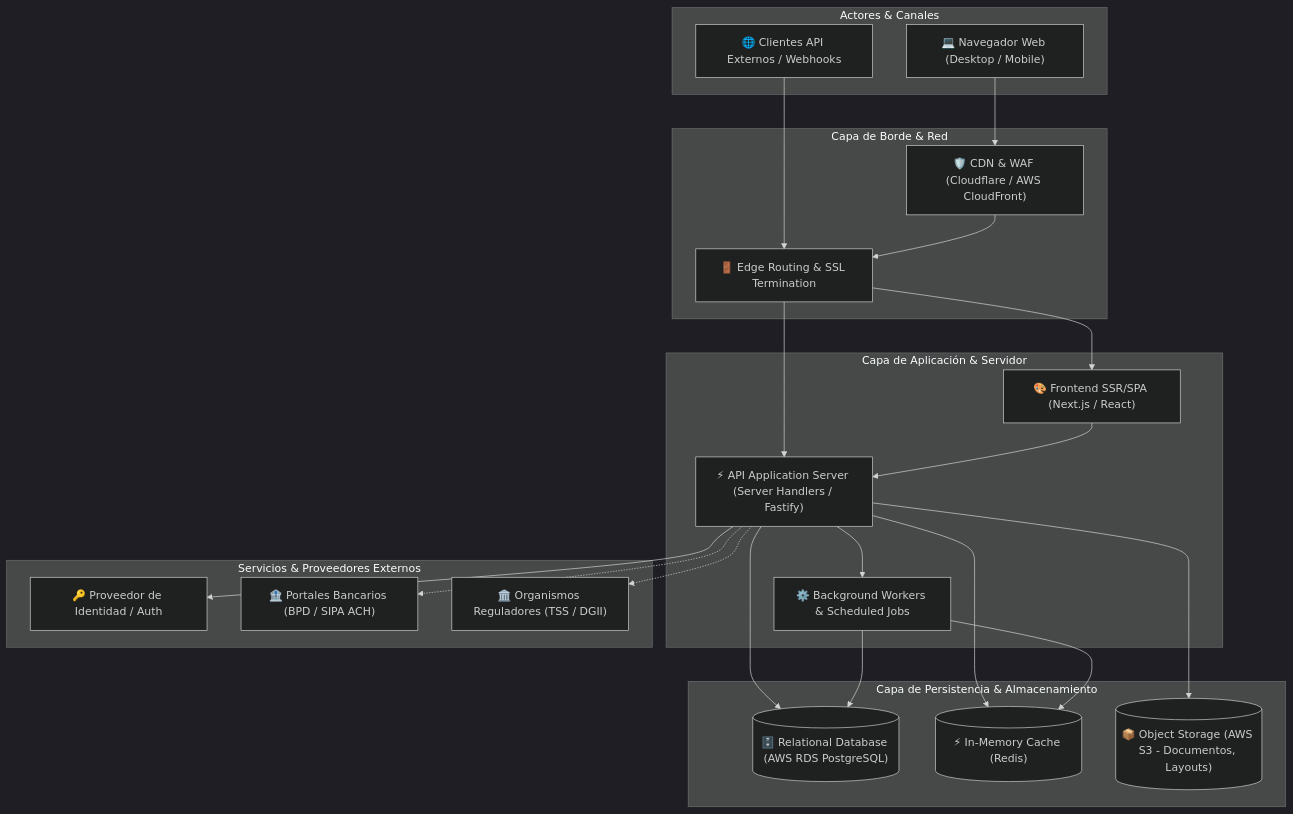
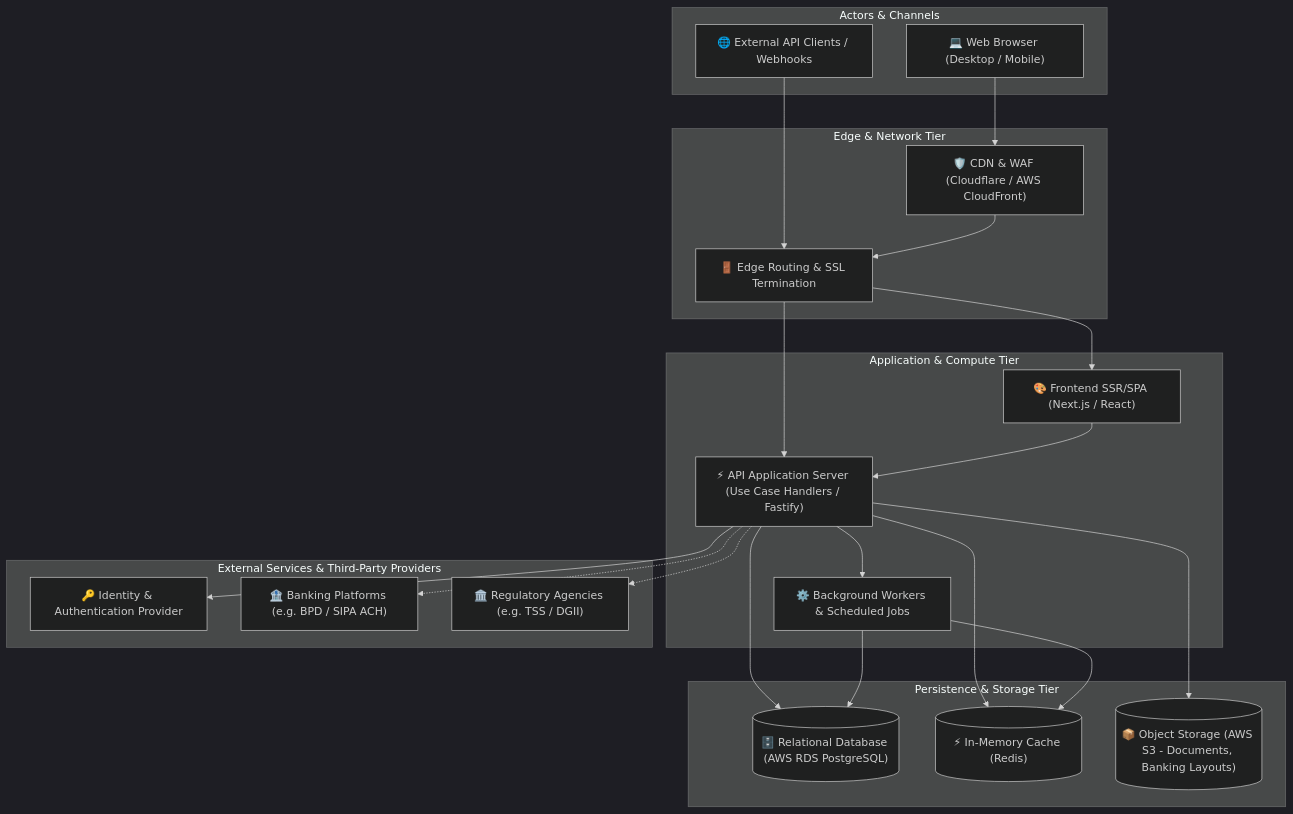
Before and after one commit to JeremyJS20/sdd-standard-light: the first of 2 diagrams in core/templates/system-overview-template.md, drawn with Mermaid (dark theme). The commit also changed other lines of this file and 8 other files, not shown here.

````diff
--- a/core/templates/system-overview-template.md
+++ b/core/templates/system-overview-template.md
@@ -37,49 +37,49 @@
 ```mermaid
 flowchart TB
-    subgraph Users ["Actores & Canales"]
-        WebUser["💻 Navegador Web (Desktop / Mobile)"]
-        ExternalAPI["🌐 Clientes API Externos / Webhooks"]
+    subgraph Users ["Actors & Channels"]
+        WebUser["💻 Web Browser (Desktop / Mobile)"]
+        ExternalAPI["🌐 External API Clients / Webhooks"]
     end
 
-    subgraph Edge ["Capa de Borde & Red"]
+    subgraph Edge ["Edge & Network Tier"]
         CDN["🛡️ CDN & WAF (Cloudflare / AWS CloudFront)"]
         Gateway["🚪 Edge Routing & SSL Termination"]
     end
 
-    subgraph AppLayer ["Capa de Aplicación & Servidor"]
+    subgraph AppLayer ["Application & Compute Tier"]
         Frontend["🎨 Frontend SSR/SPA (Next.js / React)"]
-        BackendAPI["⚡ API Application Server (Server Handlers / Fastify)"]
+        BackendAPI["⚡ API Application Server (Use Case Handlers / Fastify)"]
         Workers["⚙️ Background Workers & Scheduled Jobs"]
     end
 
-    subgraph Persistence ["Capa de Persistencia & Almacenamiento"]
+    subgraph Persistence ["Persistence & Storage Tier"]
         PrimaryDB[("🗄️ Relational Database (AWS RDS PostgreSQL)")]
         CacheStore[("⚡ In-Memory Cache (Redis)")]
-        ObjectStorage[("📦 Object Storage (AWS S3 - Documentos, Layouts)")]
+        ObjectStorage[("📦 Object Storage (AWS S3 - Documents, Banking Layouts)")]
     end
 
-    subgraph ExternalServices ["Servicios & Proveedores Externos"]
-        AuthService["🔑 Proveedor de Identidad / Auth"]
-        BankingPortals["🏦 Portales Bancarios (BPD / SIPA ACH)"]
-        GovServices["🏛️ Organismos Reguladores (TSS / DGII)"]
+    subgraph ExternalServices ["External Services & Third-Party Providers"]
+        AuthService["🔑 Identity & Authentication Provider"]
+        BankingPortals["🏦 Banking Platforms (e.g. BPD / SIPA ACH)"]
+        GovServices["🏛️ Regulatory Agencies (e.g. TSS / DGII)"]
     end
 
     WebUser --> CDN
     ExternalAPI --> Gateway
     CDN --> Gateway
     Gateway --> Frontend
     Gateway --> BackendAPI
 
     Frontend --> BackendAPI
     BackendAPI --> PrimaryDB
     BackendAPI --> CacheStore
     BackendAPI --> ObjectStorage
     BackendAPI --> Workers
 
     Workers --> PrimaryDB
     Workers --> CacheStore
 
     BackendAPI --> AuthService
     BackendAPI -.-> BankingPortals
     BackendAPI -.-> GovServices
 ```
````
